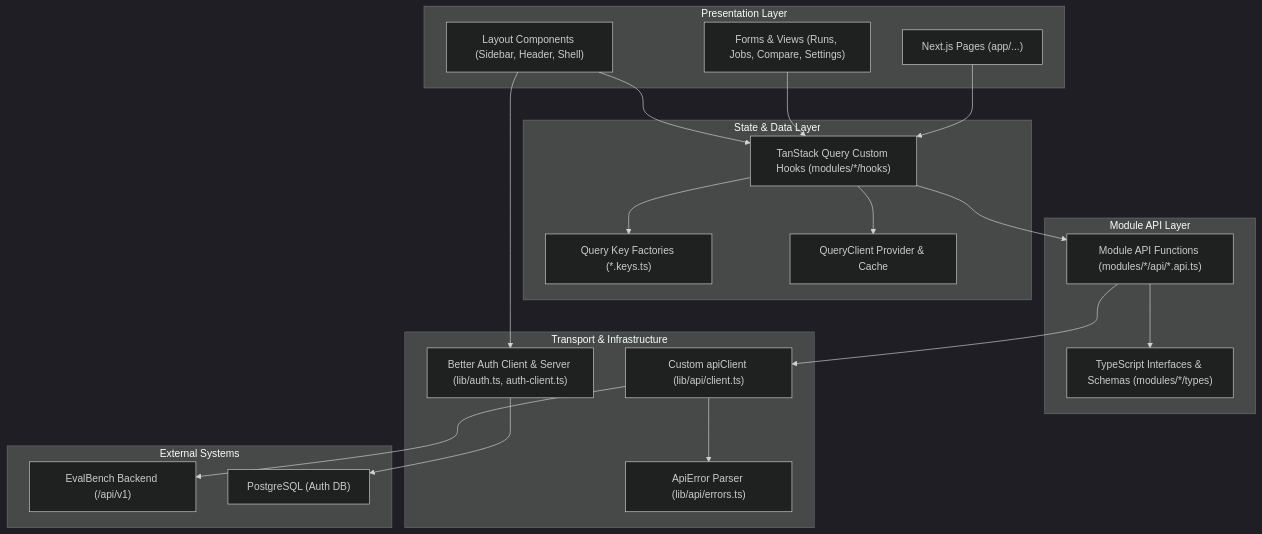
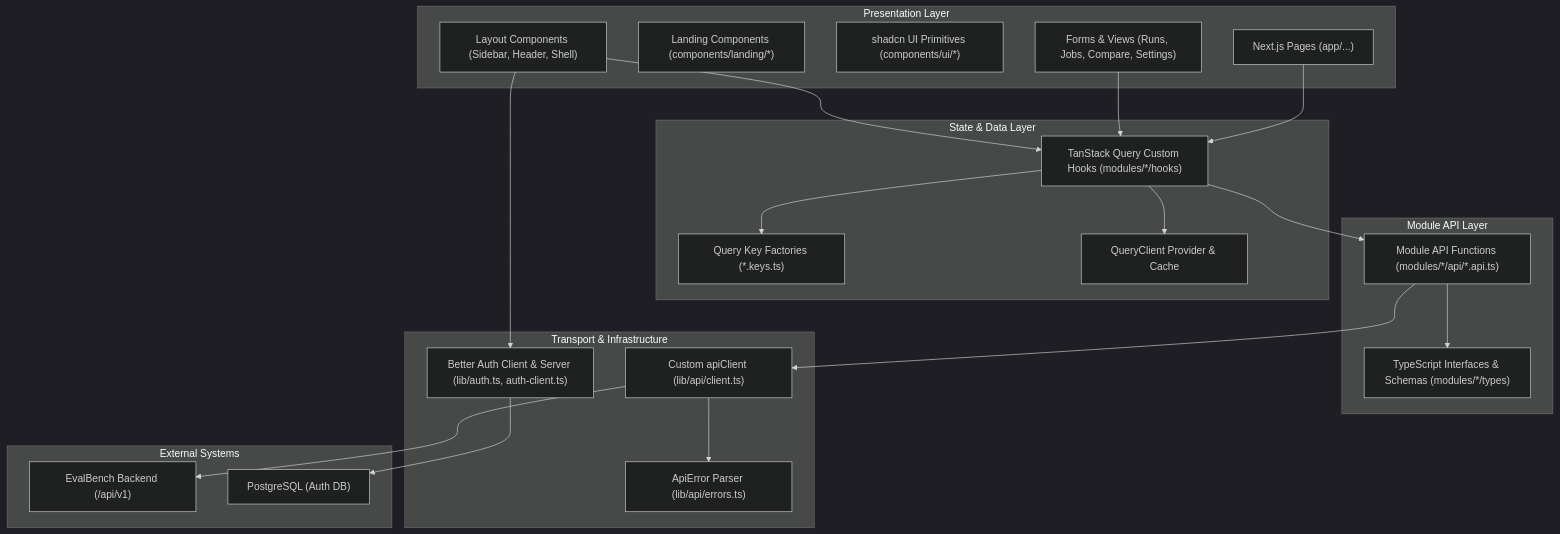
One commit to avinashankur/evalbench changed the third of 5 diagrams in ARCHITECTURE.md. Above: the diagram before and after it, drawn with Mermaid (dark theme). The commit also changed other lines of this file and 4 other files, not shown here.

````diff
--- a/ARCHITECTURE.md
+++ b/ARCHITECTURE.md
@@ -86,47 +86,49 @@
 ```mermaid
 graph TD
   subgraph Presentation Layer
     Pages["Next.js Pages (app/...)"]
+    Landing["Landing Components (components/landing/*)"]
+    UiPrimitives["shadcn UI Primitives (components/ui/*)"]
     Layouts["Layout Components (Sidebar, Header, Shell)"]
     Forms["Forms & Views (Runs, Jobs, Compare, Settings)"]
   end
 
   subgraph State & Data Layer
     Hooks["TanStack Query Custom Hooks (modules/*/hooks)"]
     QueryKeys["Query Key Factories (*.keys.ts)"]
     QueryClient["QueryClient Provider & Cache"]
   end
 
   subgraph Module API Layer
     ModuleApi["Module API Functions (modules/*/api/*.api.ts)"]
     Types["TypeScript Interfaces & Schemas (modules/*/types)"]
   end
 
   subgraph Transport & Infrastructure
     ApiClient["Custom apiClient (lib/api/client.ts)"]
     ErrorHandling["ApiError Parser (lib/api/errors.ts)"]
     AuthModule["Better Auth Client & Server (lib/auth.ts, auth-client.ts)"]
   end
 
   subgraph External Systems
     FastApi["EvalBench Backend (/api/v1)"]
     PostgresDB["PostgreSQL (Auth DB)"]
   end
 
   Pages --> Hooks
   Forms --> Hooks
   Layouts --> Hooks
   Layouts --> AuthModule
 
   Hooks --> QueryKeys
   Hooks --> QueryClient
   Hooks --> ModuleApi
 
   ModuleApi --> Types
   ModuleApi --> ApiClient
 
   ApiClient --> ErrorHandling
   ApiClient --> FastApi
 
   AuthModule --> PostgresDB
 ```
````
